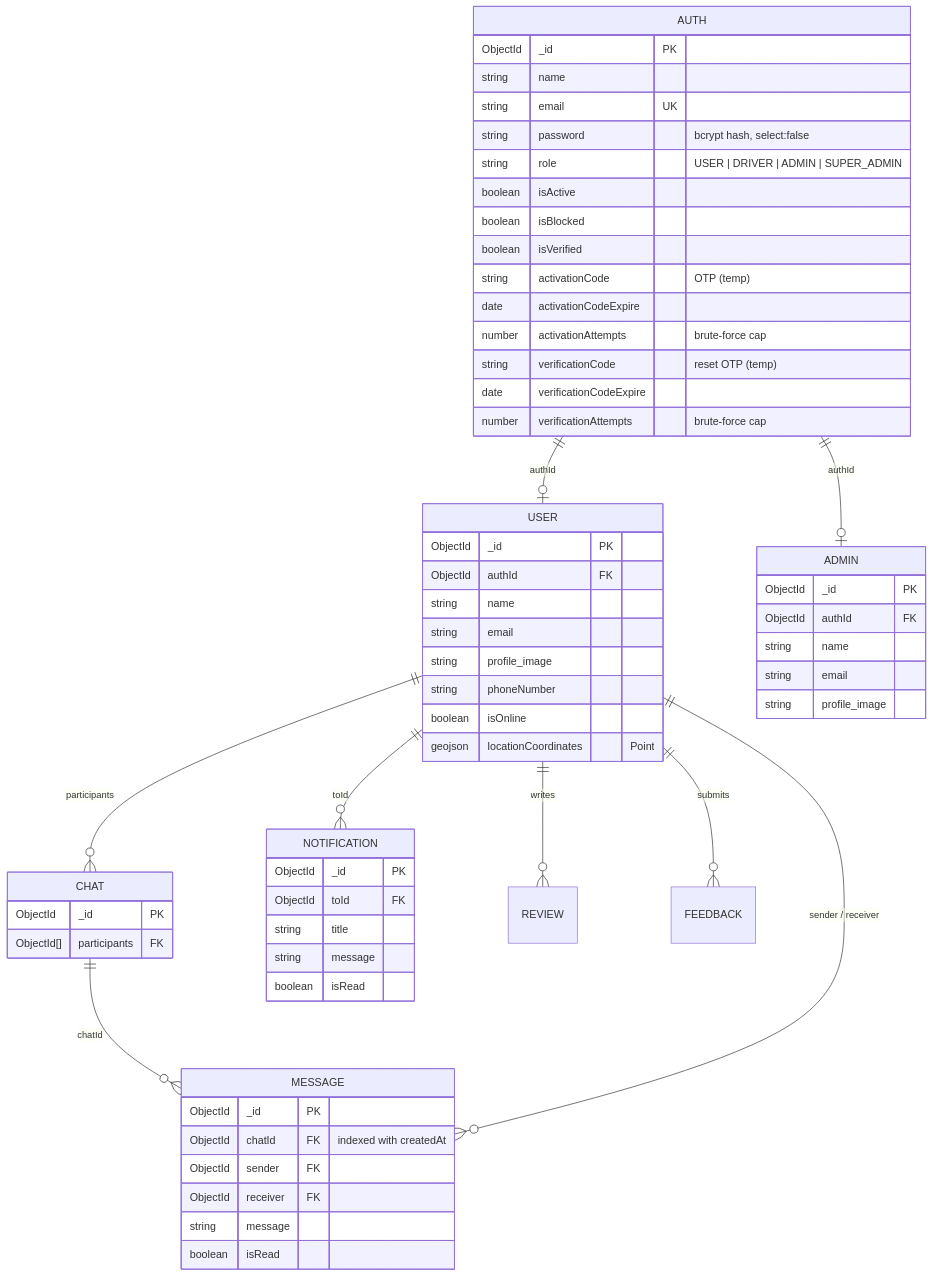
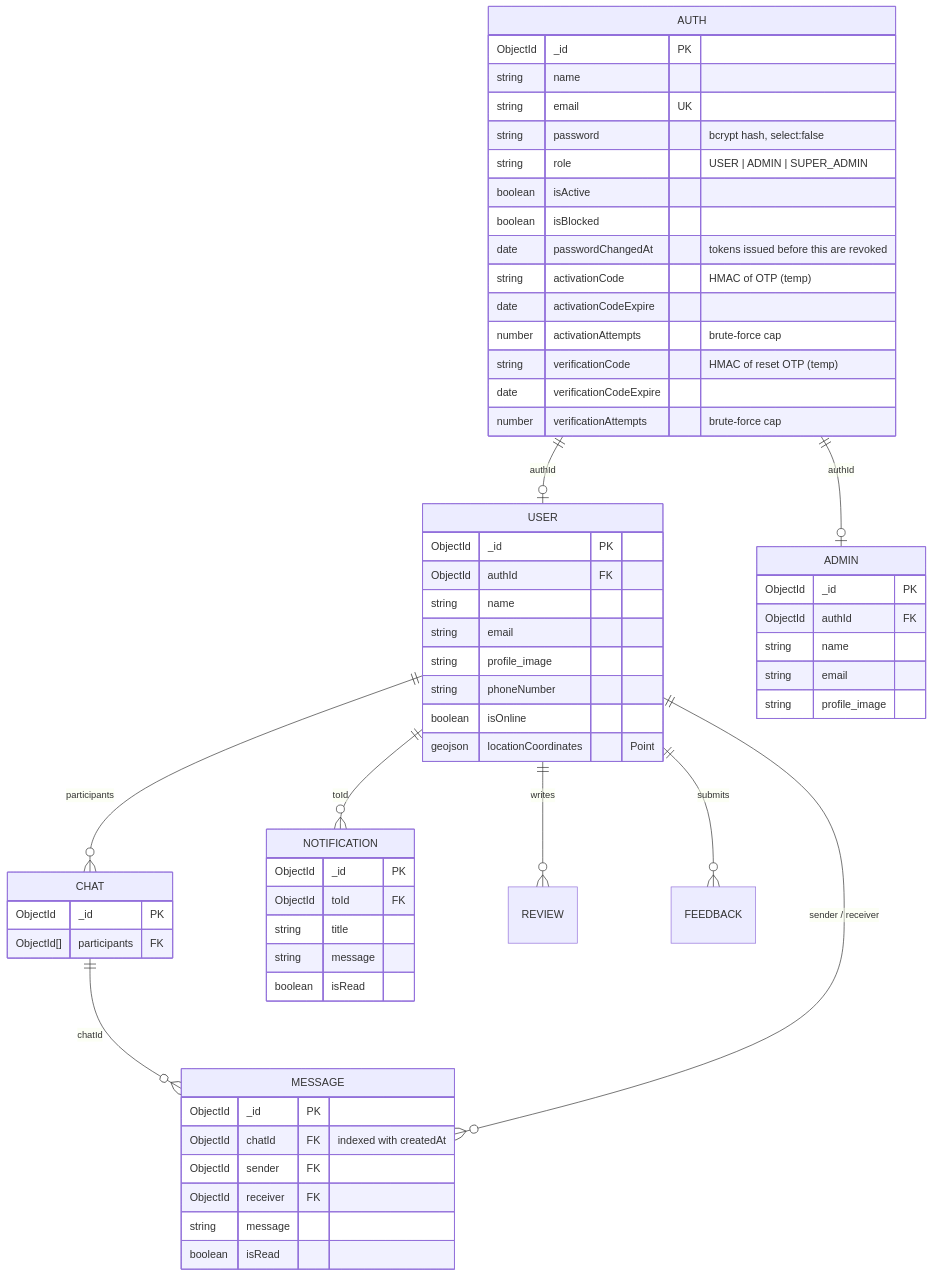
One commit to ThakurSaad/node-server-template changed the third of 3 diagrams in README.md. Above: the diagram before and after it, drawn with Mermaid. The commit also changed other lines of this file and 1 other file, not shown here.

First line of the commit message:
docs: sync README with the code; mark v2 items fixed

````diff
--- a/README.md
+++ b/README.md
@@ -398,69 +398,69 @@
 ```mermaid
 erDiagram
     AUTH ||--o| USER : "authId"
     AUTH ||--o| ADMIN : "authId"
     USER ||--o{ CHAT : "participants"
     CHAT ||--o{ MESSAGE : "chatId"
     USER ||--o{ MESSAGE : "sender / receiver"
     USER ||--o{ NOTIFICATION : "toId"
     USER ||--o{ REVIEW : "writes"
     USER ||--o{ FEEDBACK : "submits"
 
     AUTH {
         ObjectId _id PK
         string name
         string email UK
         string password "bcrypt hash, select:false"
-        string role "USER | DRIVER | ADMIN | SUPER_ADMIN"
+        string role "USER | ADMIN | SUPER_ADMIN"
         boolean isActive
         boolean isBlocked
-        boolean isVerified
-        string activationCode "OTP (temp)"
+        date passwordChangedAt "tokens issued before this are revoked"
+        string activationCode "HMAC of OTP (temp)"
         date activationCodeExpire
         number activationAttempts "brute-force cap"
-        string verificationCode "reset OTP (temp)"
+        string verificationCode "HMAC of reset OTP (temp)"
         date verificationCodeExpire
         number verificationAttempts "brute-force cap"
     }
 
     USER {
         ObjectId _id PK
         ObjectId authId FK
         string name
         string email
         string profile_image
         string phoneNumber
         boolean isOnline
         geojson locationCoordinates "Point"
     }
 
     ADMIN {
         ObjectId _id PK
         ObjectId authId FK
         string name
         string email
         string profile_image
     }
 
     CHAT {
         ObjectId _id PK
         ObjectId[] participants FK
     }
 
     MESSAGE {
         ObjectId _id PK
         ObjectId chatId FK "indexed with createdAt"
         ObjectId sender FK
         ObjectId receiver FK
         string message
         boolean isRead
     }
 
     NOTIFICATION {
         ObjectId _id PK
         ObjectId toId FK
         string title
         string message
         boolean isRead
     }
 ```
````
